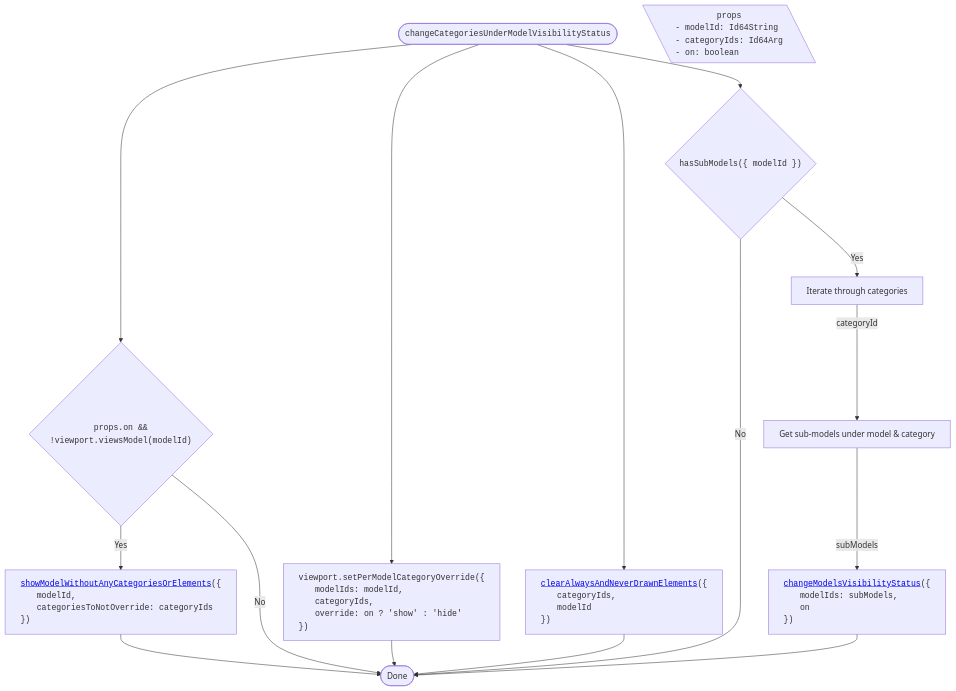
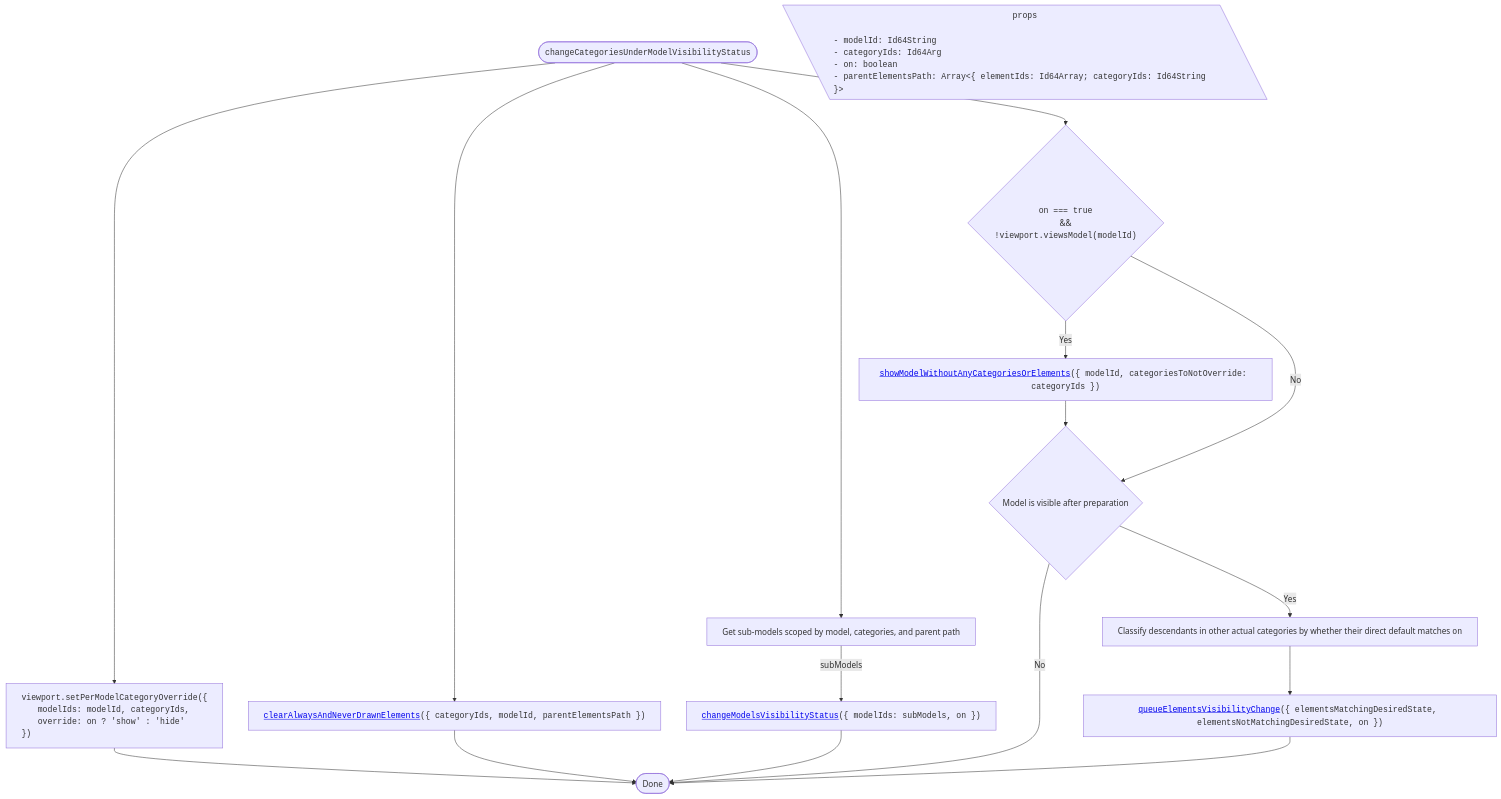
One commit to iTwin/viewer-components-react changed diagram 13 of 17 in packages/itwin/tree-widget/docs/SharedVisibilityHandling.md. Above: the diagram before and after it, drawn with Mermaid. The commit also changed other lines of this file and 4 other files, not shown here.

First line of the commit message:
[Tree widget]: update mermaid diagrams on `next` (#1744)

````diff
--- a/packages/itwin/tree-widget/docs/SharedVisibilityHandling.md
+++ b/packages/itwin/tree-widget/docs/SharedVisibilityHandling.md
@@ -650,49 +565,39 @@
 ```mermaid
 ---
 config:
   flowchart:
     wrappingWidth: 750
     useMaxWidth: false
 ---
 
 flowchart TD
   RESULT_Done([Done])
 
   %% Start
-  TITLE(["<span style='font-family: monospace;'>changeCategoriesUnderModelVisibilityStatus</span>"]) --> A{"<span style='font-family: monospace;'>props.on  && <br/> !viewport.viewsModel(modelId) </span>"}
+  TITLE(["<span style='font-family: monospace;'>changeCategoriesUnderModelVisibilityStatus</span>"]) --> A["<div style='text-align: left; font-family: monospace;'>viewport.setPerModelCategoryOverride({
+    <span style='padding-left: 2rem;'>modelIds: modelId, categoryIds,</span>
+    <span style='padding-left: 2rem;'>override: on ? 'show' : 'hide'</span>
+    })</div>"]
 
   PROPS[\"
     <span style='font-family: monospace;'>props</span>
-    <span style='display: block; text-align: left; font-family: monospace;'>- modelId: Id64String<br/>- categoryIds: Id64Arg<br/>- on: boolean</span>
+    <span style='display: block; text-align: left; font-family: monospace;'>- modelId: Id64String<br/>- categoryIds: Id64Arg<br/>- on: boolean<br/>- parentElementsPath: Array&lt;{ elementIds: Id64Array; categoryIds: Id64String }&gt;</span>
   "\]
 
-  %% All run in parallel (merge)
-  A -- Yes --> A1["<div style='text-align: left; font-family: monospace;'><a href='#showmodelwithoutanycategoriesorelements'>showModelWithoutAnyCategoriesOrElements</a>({
-    <span style='padding-left: 2rem;'>modelId,</span>
-    <span style='padding-left: 2rem;'>categoriesToNotOverride: categoryIds</span>
-    })</div>"]
-  A1 --> RESULT_Done
-  A -- No --> RESULT_Done
+  TITLE --> B["<span style='font-family: monospace;'><a href='#clearalwaysandneverdrawnelements'>clearAlwaysAndNeverDrawnElements</a>({ categoryIds, modelId, parentElementsPath })</span>"]
+  TITLE --> C["Get sub-models scoped by model, categories, and parent path"]
+  C -- subModels --> C1["<span style='font-family: monospace;'><a href='#changemodelsvisibilitystatus'>changeModelsVisibilityStatus</a>({ modelIds: subModels, on })</span>"]
 
-  TITLE --> B["<div style='text-align: left; font-family: monospace;'>viewport.setPerModelCategoryOverride({
-    <span style='padding-left: 2rem;'>modelIds: modelId,</span>
-    <span style='padding-left: 2rem;'>categoryIds,</span>
-    <span style='padding-left: 2rem;'>override: on ? 'show' : 'hide'</span>
-    })</div>"]
-  TITLE --> C["<div style='text-align: left; font-family: monospace;'><a href='#clearalwaysandneverdrawnelements'>clearAlwaysAndNeverDrawnElements</a>({
-    <span style='padding-left: 2rem;'>categoryIds,</span>
-    <span style='padding-left: 2rem;'>modelId</span>
-    })</div>"]
-  TITLE --> D{"<span style='font-family: monospace;'>hasSubModels({ modelId })</span>"}
-  D -- Yes --> D1["Iterate through categories"]
-  D1 -- categoryId --> D2["Get sub-models under model & category"]
-  D2 -- subModels --> D3["<div style='text-align: left; font-family: monospace;'><a href='#changemodelsvisibilitystatus'>changeModelsVisibilityStatus</a>({
-    <span style='padding-left: 2rem;'>modelIds: subModels,</span>
-    <span style='padding-left: 2rem;'>on</span>
-    })</div>"]
+  TITLE --> D{"<span style='font-family: monospace;'>on === true</span><br/>&&<br/><span style='font-family: monospace;'>!viewport.viewsModel(modelId)</span>"}
+  D -- Yes --> D1["<span style='font-family: monospace;'><a href='#showmodelwithoutanycategoriesorelements'>showModelWithoutAnyCategoriesOrElements</a>({ modelId, categoriesToNotOverride: categoryIds })</span>"]
+  D -- No --> E
+  D1 --> E{"Model is visible after preparation"}
+  E -- No --> RESULT_Done
+  E -- Yes --> F["Classify descendants in other actual categories by whether their direct default matches <span style='font-family: monospace;'>on</span>"]
+  F --> F1["<span style='font-family: monospace;'><a href='#queueelementsvisibilitychange'>queueElementsVisibilityChange</a>({ elementsMatchingDesiredState, elementsNotMatchingDesiredState, on })</span>"]
 
+  A --> RESULT_Done
   B --> RESULT_Done
-  C --> RESULT_Done
-  D -- No --> RESULT_Done
-  D3 --> RESULT_Done
+  C1 --> RESULT_Done
+  F1 --> RESULT_Done
 ```
````
